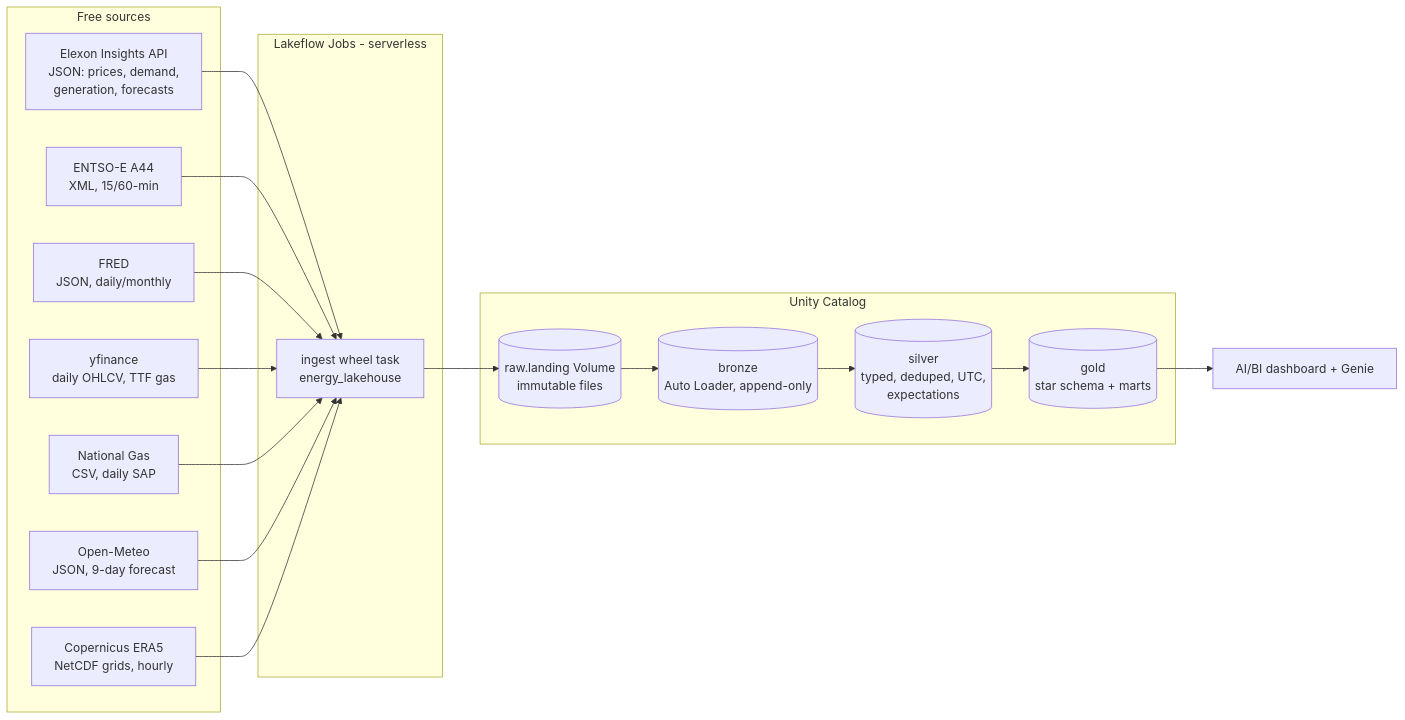
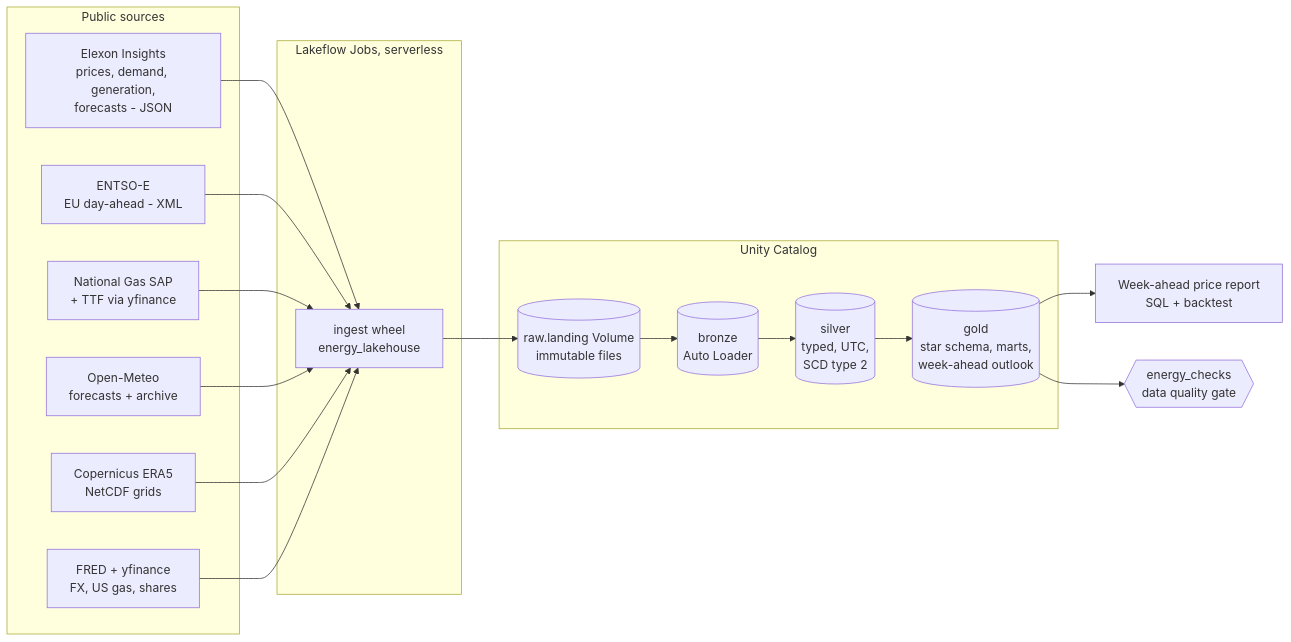
Before and after one commit to CodeWithBureh/energy-markets-lakehouse: the diagram in README.md, drawn with Mermaid. The commit also changed other lines of this file and 4 other files, not shown here.

````diff
--- a/README.md
+++ b/README.md
@@ -11,23 +24,24 @@
 ```mermaid
 flowchart LR
-  subgraph Sources[Free sources]
-    E[Elexon Insights API<br/>JSON: prices, demand,<br/>generation, forecasts]
-    X[ENTSO-E A44<br/>XML, 15/60-min]
-    F[FRED<br/>JSON, daily/monthly]
-    S[yfinance<br/>daily OHLCV, TTF gas]
-    NG[National Gas<br/>CSV, daily SAP]
-    OM[Open-Meteo<br/>JSON, 9-day forecast]
-    W[Copernicus ERA5<br/>NetCDF grids, hourly]
+  subgraph Sources[Public sources]
+    E[Elexon Insights<br/>prices, demand, generation,<br/>forecasts - JSON]
+    X[ENTSO-E<br/>EU day-ahead - XML]
+    NG[National Gas SAP<br/>+ TTF via yfinance]
+    OM[Open-Meteo<br/>forecasts + archive]
+    W[Copernicus ERA5<br/>NetCDF grids]
+    F[FRED + yfinance<br/>FX, US gas, shares]
   end
-  subgraph Jobs[Lakeflow Jobs - serverless]
-    I[ingest wheel task<br/>energy_lakehouse]
+  subgraph Jobs[Lakeflow Jobs, serverless]
+    I[ingest wheel<br/>energy_lakehouse]
   end
   subgraph UC[Unity Catalog]
     L[(raw.landing Volume<br/>immutable files)]
-    B[(bronze<br/>Auto Loader, append-only)]
-    SV[(silver<br/>typed, deduped, UTC,<br/>expectations)]
-    G[(gold<br/>star schema + marts)]
+    B[(bronze<br/>Auto Loader)]
+    SV[(silver<br/>typed, UTC,<br/>SCD type 2)]
+    G[(gold<br/>star schema, marts,<br/>week-ahead outlook)]
   end
-  D[AI/BI dashboard + Genie]
-  E & X & F & S & NG & OM & W --> I --> L --> B --> SV --> G --> D
+  C{{energy_checks<br/>data quality gate}}
+  R[Week-ahead price report<br/>SQL + backtest]
+  E & X & NG & OM & W & F --> I --> L --> B --> SV --> G --> R
+  G --> C
 ```
````
